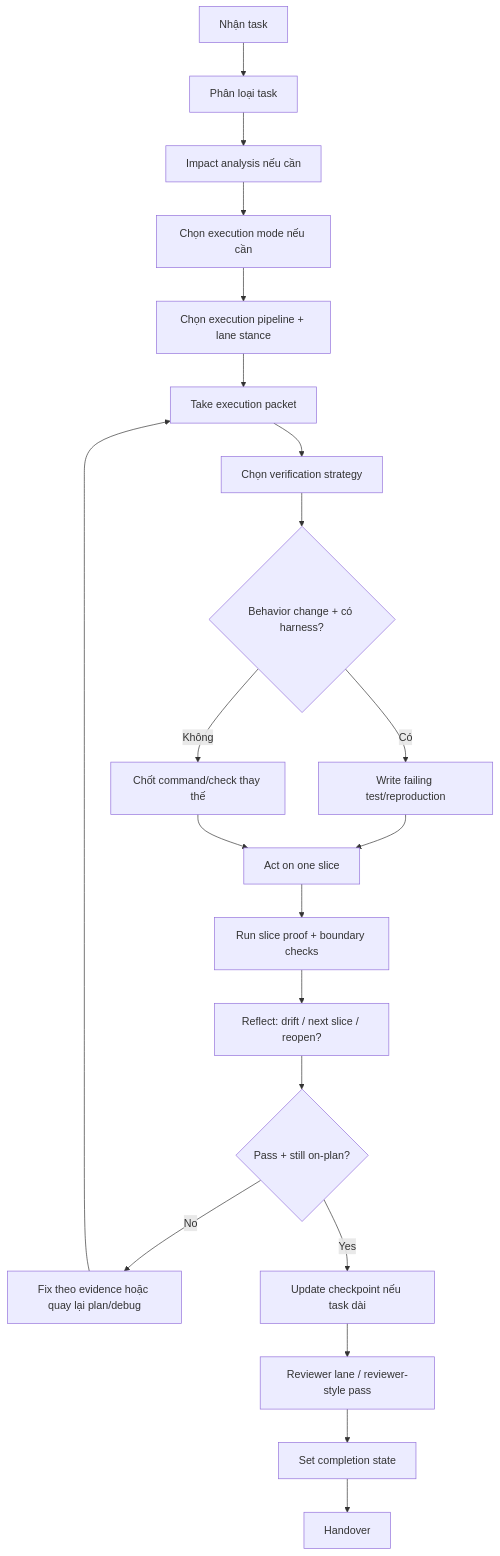
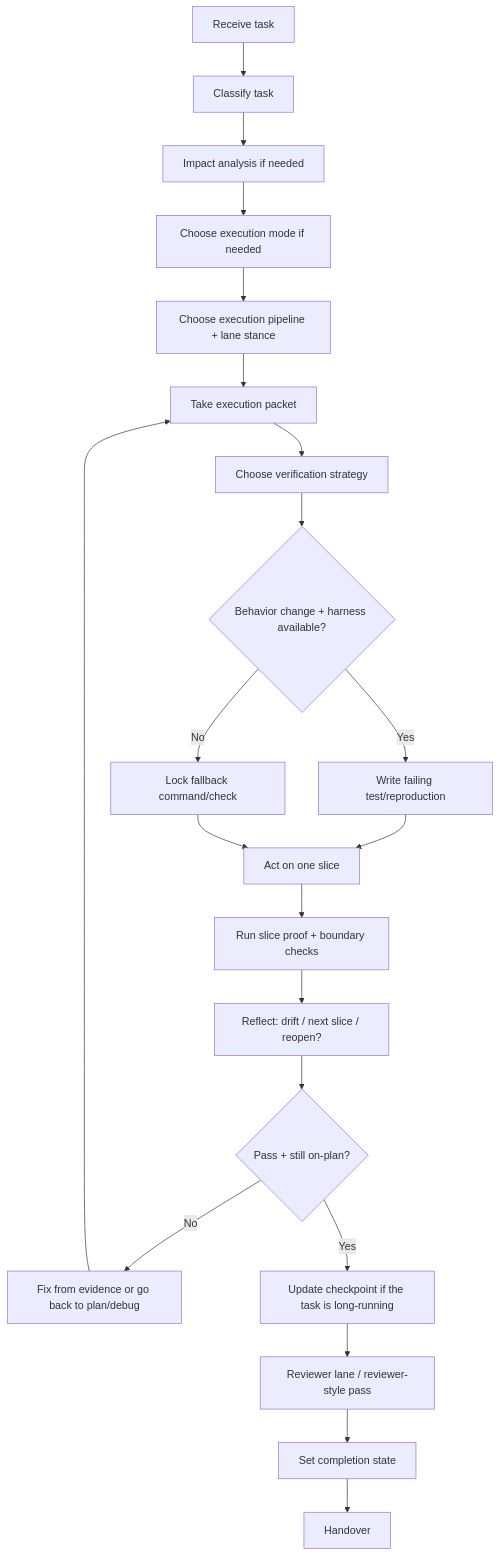
One commit to nguyenphat57/forge changed the diagram in packages/forge-core/workflows/execution/build.md. Above: the diagram before and after it, drawn with Mermaid. The commit also changed other lines of this file and 82 other files, not shown here.

````diff
--- a/packages/forge-core/workflows/execution/build.md
+++ b/packages/forge-core/workflows/execution/build.md
@@ -43,23 +43,23 @@
 ```mermaid
 flowchart TD
-    A[Nhận task] --> B[Phân loại task]
-    B --> C[Impact analysis nếu cần]
-    C --> D[Chọn execution mode nếu cần]
-    D --> E[Chọn execution pipeline + lane stance]
+    A[Receive task] --> B[Classify task]
+    B --> C[Impact analysis if needed]
+    C --> D[Choose execution mode if needed]
+    D --> E[Choose execution pipeline + lane stance]
     E --> F[Take execution packet]
-    F --> G[Chọn verification strategy]
-    G --> H{Behavior change + có harness?}
-    H -->|Có| I[Write failing test/reproduction]
-    H -->|Không| J[Chốt command/check thay thế]
+    F --> G[Choose verification strategy]
+    G --> H{Behavior change + harness available?}
+    H -->|Yes| I[Write failing test/reproduction]
+    H -->|No| J[Lock fallback command/check]
     I --> K[Act on one slice]
     J --> K
     K --> L[Run slice proof + boundary checks]
     L --> M[Reflect: drift / next slice / reopen?]
     M --> N{Pass + still on-plan?}
-    N -->|No| O[Fix theo evidence hoặc quay lại plan/debug]
+    N -->|No| O[Fix from evidence or go back to plan/debug]
     O --> F
-    N -->|Yes| P[Update checkpoint nếu task dài]
+    N -->|Yes| P[Update checkpoint if the task is long-running]
     P --> Q[Reviewer lane / reviewer-style pass]
     Q --> R[Set completion state]
     R --> S[Handover]
 ```
````
